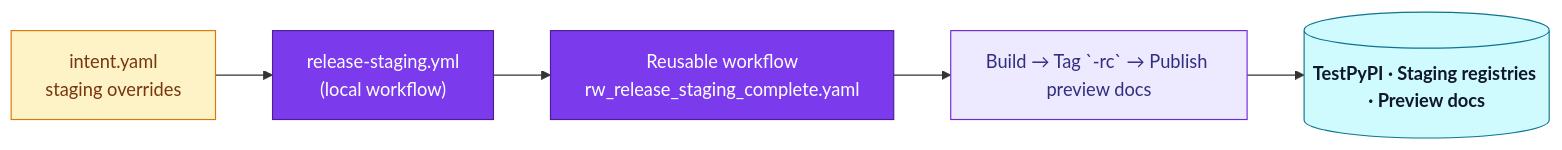
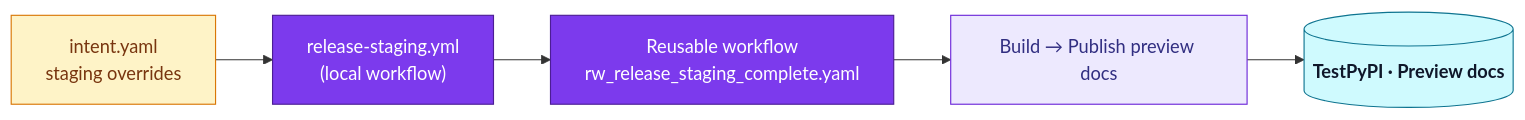
Before and after one commit to Chisanan232/abstract-backend: the second of 3 diagrams in docs/contents/development/ci-cd/release-system.mdx, drawn with Mermaid. The commit also changed other lines of this file and 9 other files, not shown here.

````diff
--- a/docs/contents/development/ci-cd/release-system.mdx
+++ b/docs/contents/development/ci-cd/release-system.mdx
@@ -55,15 +55,15 @@
 ```mermaid
 flowchart LR
     classDef config fill:#fef3c7,stroke:#d97706,color:#78350f;
     classDef workflow fill:#7c3aed,stroke:#4c1d95,color:#fff;
     classDef jobs fill:#ede9fe,stroke:#6d28d9,color:#312e81;
     classDef targets fill:#cffafe,stroke:#0e7490,color:#0f172a,font-weight:bold;
 
     intent[intent.yaml<br/>staging overrides]:::config
     trigger["release-staging.yml<br/>(local workflow)"]:::workflow
     reusable["Reusable workflow<br/>rw_release_staging_complete.yaml"]:::workflow
-    jobs[Build → Tag `-rc` → Publish preview docs]:::jobs
-    targets[(TestPyPI · Staging registries · Preview docs)]:::targets
+    jobs[Build → Publish preview docs]:::jobs
+    targets[(TestPyPI · Preview docs)]:::targets
 
     intent --> trigger --> reusable --> jobs --> targets
 ```
````
